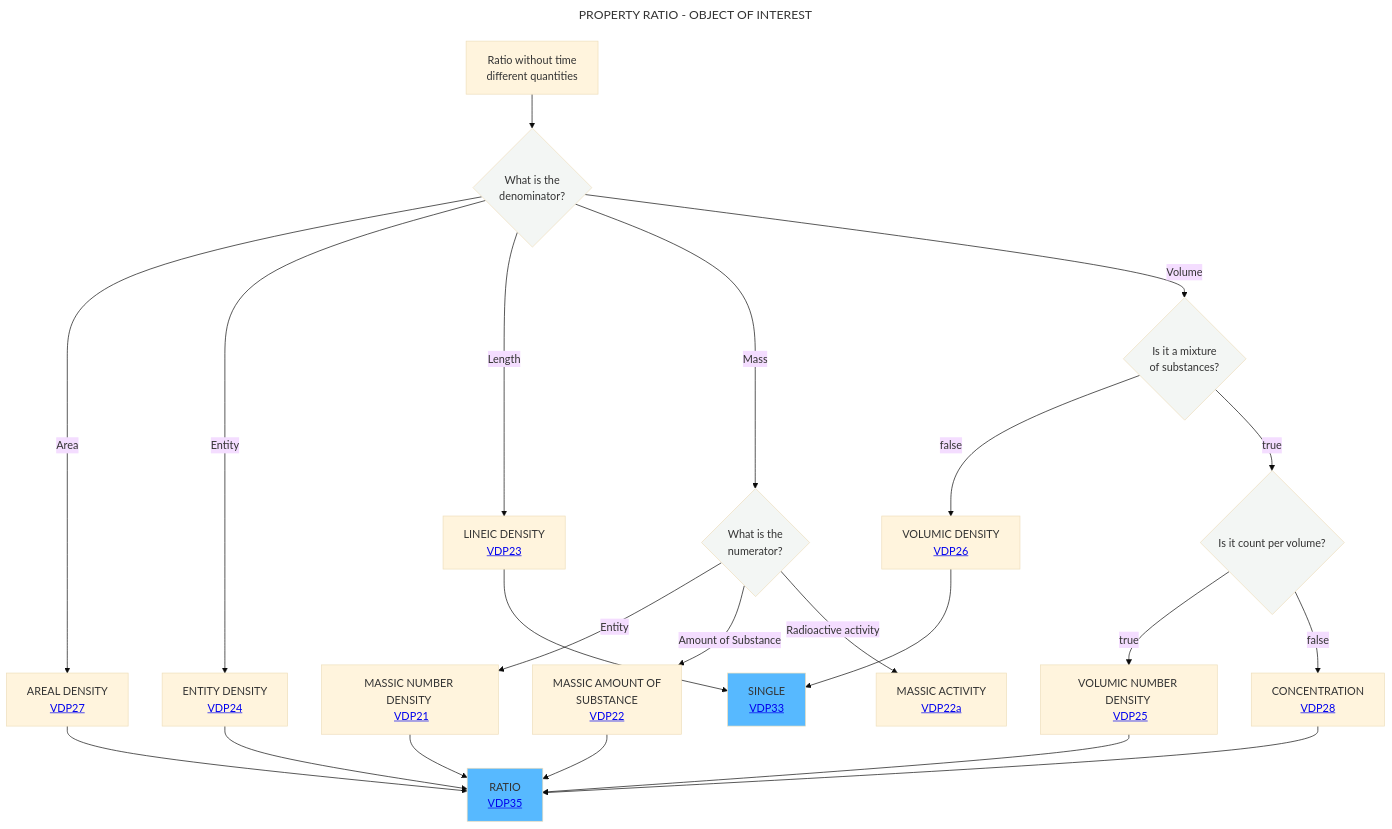
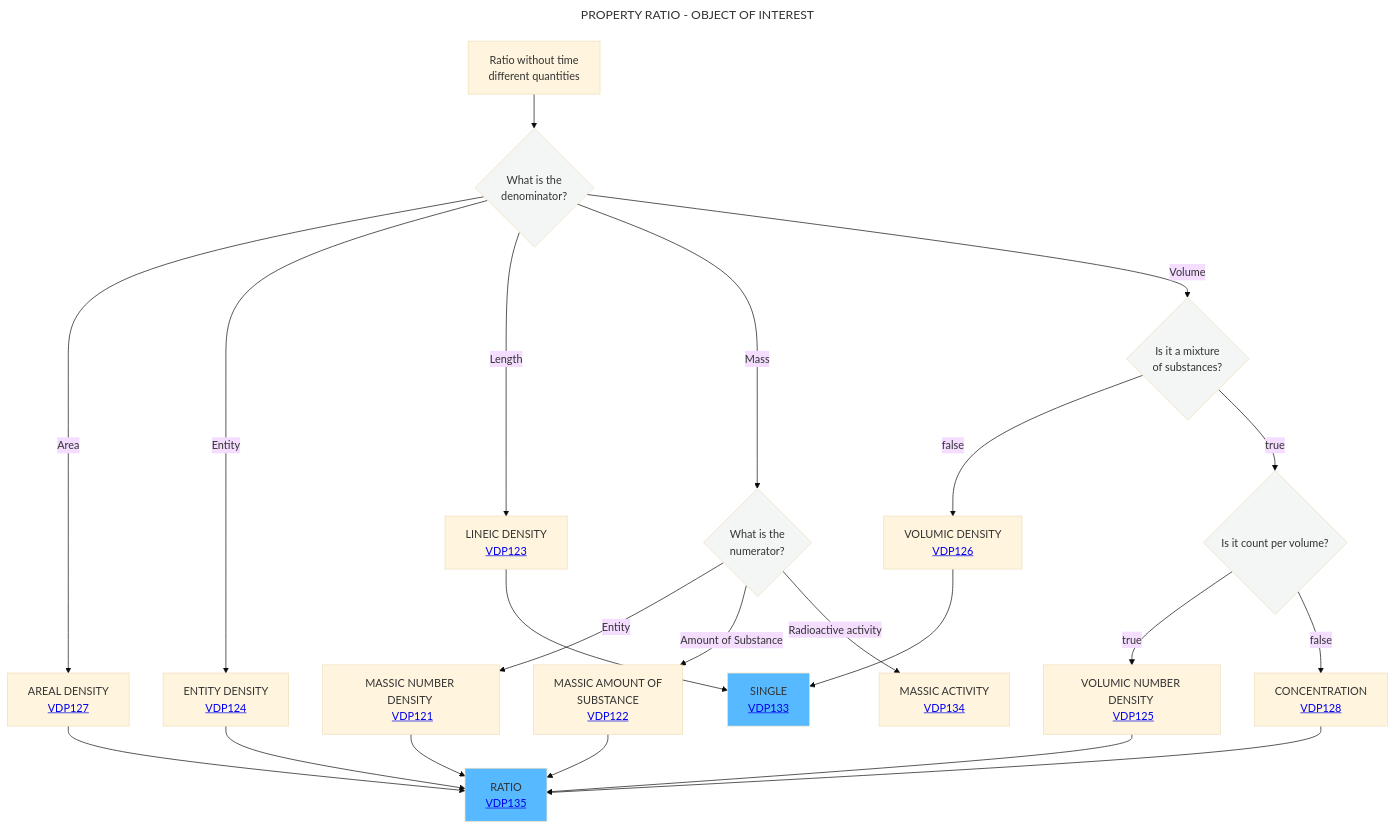
One commit to mabablue/I-ADOPT-patterns-playground changed the diagram in Decisition_trees/DT5.mmd. Above: the diagram before and after it, drawn with Mermaid (base theme).

```diff
--- a/Decisition_trees/DT5.mmd
+++ b/Decisition_trees/DT5.mmd
@@ -1,29 +1,29 @@
 ---
 title: PROPERTY RATIO - OBJECT OF INTEREST
 ---
 flowchart TD
     A[Ratio without time <br> different quantities] --> B{What is the <br> denominator?}:::white
-    B -- Area -->C[AREAL DENSITY <br> <a href='https://github.com/mabablue/I-ADOPT-patterns-playground/blob/main/pattern/VDP27.yaml'>VDP27</a>]
-    B -- Entity -->F[ENTITY DENSITY <br> <a href='https://github.com/mabablue/I-ADOPT-patterns-playground/blob/main/pattern/VDP24.yaml'>VDP24</a>]
-    B -- Length -->D[LINEIC DENSITY <br> <a href='https://github.com/mabablue/I-ADOPT-patterns-playground/blob/main/pattern/VDP23.yaml'>VDP23</a>]
+    B -- Area -->C[AREAL DENSITY <br> <a href='https://github.com/mabablue/I-ADOPT-patterns-playground/blob/main/pattern/VDP127.yaml'>VDP127</a>]
+    B -- Entity -->F[ENTITY DENSITY <br> <a href='https://github.com/mabablue/I-ADOPT-patterns-playground/blob/main/pattern/VDP124.yaml'>VDP124</a>]
+    B -- Length -->D[LINEIC DENSITY <br> <a href='https://github.com/mabablue/I-ADOPT-patterns-playground/blob/main/pattern/VDP123.yaml'>VDP123</a>]
     B -- Mass -->E{What is the <br> numerator?}:::white
-    E -- Entity --> L[MASSIC NUMBER DENSITY <br> <a href='https://github.com/mabablue/I-ADOPT-patterns-playground/blob/main/pattern/VDP21.yaml'>VDP21</a>]
-    E -- Amount of Substance --> P[MASSIC AMOUNT OF <br> SUBSTANCE <br> <a href='https://github.com/mabablue/I-ADOPT-patterns-playground/blob/main/pattern/VDP22.yaml'>VDP22</a>]
-    E -- Radioactive activity --> Q[MASSIC ACTIVITY <br> <a href='https://github.com/mabablue/I-ADOPT-patterns-playground/blob/main/pattern/VDP22a.yaml'>VDP22a</a>]
+    E -- Entity --> L[MASSIC NUMBER DENSITY <br> <a href='https://github.com/mabablue/I-ADOPT-patterns-playground/blob/main/pattern/VDP121.yaml'>VDP121</a>]
+    E -- Amount of Substance --> P[MASSIC AMOUNT OF <br> SUBSTANCE <br> <a href='https://github.com/mabablue/I-ADOPT-patterns-playground/blob/main/pattern/VDP122.yaml'>VDP122</a>]
+    E -- Radioactive activity --> Q[MASSIC ACTIVITY <br> <a href='https://github.com/mabablue/I-ADOPT-patterns-playground/blob/main/pattern/VDP134.yaml'>VDP134</a>]
     B -- Volume -->G{Is it a mixture <br> of substances?}:::white
-    G --> |false|H[VOLUMIC DENSITY <br> <a href='https://github.com/mabablue/I-ADOPT-patterns-playground/blob/main/pattern/VDP26.yaml'>VDP26</a>]
+    G --> |false|H[VOLUMIC DENSITY <br> <a href='https://github.com/mabablue/I-ADOPT-patterns-playground/blob/main/pattern/VDP126.yaml'>VDP126</a>]
     G--> |true|J{Is it count per volume?}:::white
-    J --> |true|I[VOLUMIC NUMBER DENSITY <br> <a href='https://github.com/mabablue/I-ADOPT-patterns-playground/blob/main/pattern/VDP25.yaml'>VDP25</a>]
-    J --> |false|M[CONCENTRATION <br> <a href='https://github.com/mabablue/I-ADOPT-patterns-playground/blob/main/pattern/VDP28.yaml'>VDP28</a>]
+    J --> |true|I[VOLUMIC NUMBER DENSITY <br> <a href='https://github.com/mabablue/I-ADOPT-patterns-playground/blob/main/pattern/VDP125.yaml'>VDP125</a>]
+    J --> |false|M[CONCENTRATION <br> <a href='https://github.com/mabablue/I-ADOPT-patterns-playground/blob/main/pattern/VDP128.yaml'>VDP128</a>]
     I --> N
-    C --> N[RATIO <br> <a href='https://github.com/mabablue/I-ADOPT-patterns-playground/blob/main/pattern/VDP35.yaml'>VDP35</a>]:::satblue
+    C --> N[RATIO <br> <a href='https://github.com/mabablue/I-ADOPT-patterns-playground/blob/main/pattern/VDP135.yaml'>VDP135</a>]:::satblue
     F --> N
-    D --> O[SINGLE <br> <a href='https://github.com/mabablue/I-ADOPT-patterns-playground/blob/main/pattern/VDP33.yaml'>VDP33</a>]:::satblue
+    D --> O[SINGLE <br> <a href='https://github.com/mabablue/I-ADOPT-patterns-playground/blob/main/pattern/VDP133.yaml'>VDP133</a>]:::satblue
     H --> O
     L --> N
     P --> N
     M --> N
    classDef blue fill:#90D5FF
    classDef satblue fill:#57B9FF 
    classDef white fill:#f3f6f4
    classDef green fill:#6aa84f
```
